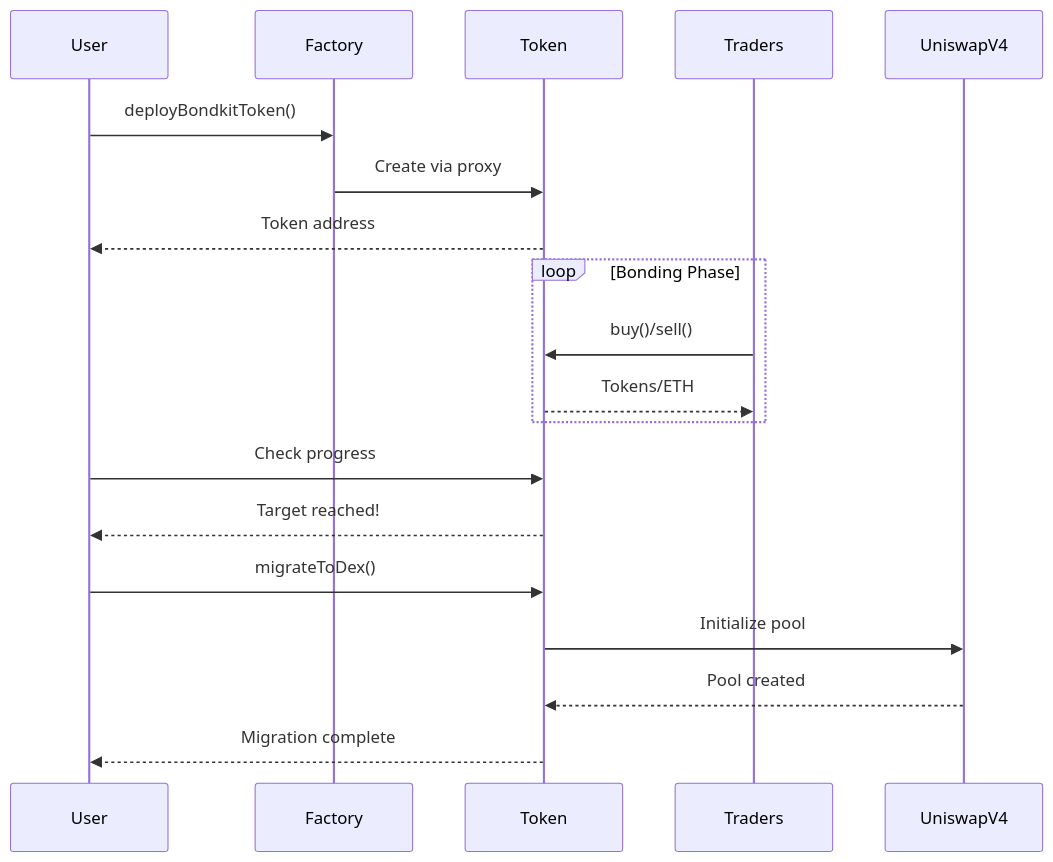
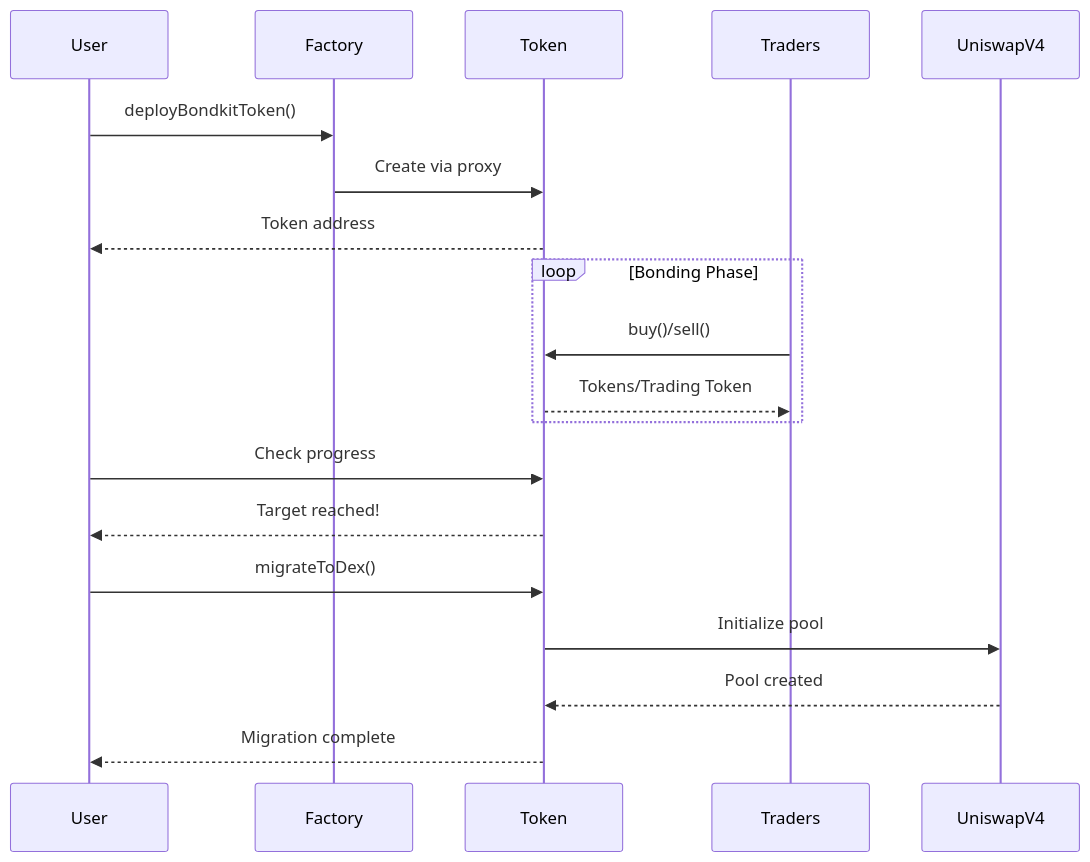
One commit to b3-fun/b3 changed the diagram in docs/bondkit/quickstart.mdx. Above: the diagram before and after it, drawn with Mermaid. The commit also changed other lines of this file and 10 other files, not shown here.

````diff
--- a/docs/bondkit/quickstart.mdx
+++ b/docs/bondkit/quickstart.mdx
@@ -21,25 +21,25 @@
 ```mermaid
 sequenceDiagram
     participant User
     participant Factory
     participant Token
     participant Traders
     participant UniswapV4
     
     User->>Factory: deployBondkitToken()
     Factory->>Token: Create via proxy
     Token-->>User: Token address
     
     loop Bonding Phase
         Traders->>Token: buy()/sell()
-        Token-->>Traders: Tokens/ETH
+        Token-->>Traders: Tokens/Trading Token
     end
     
     User->>Token: Check progress
     Token-->>User: Target reached!
     
     User->>Token: migrateToDex()
     Token->>UniswapV4: Initialize pool
     UniswapV4-->>Token: Pool created
     Token-->>User: Migration complete
 ```
````
